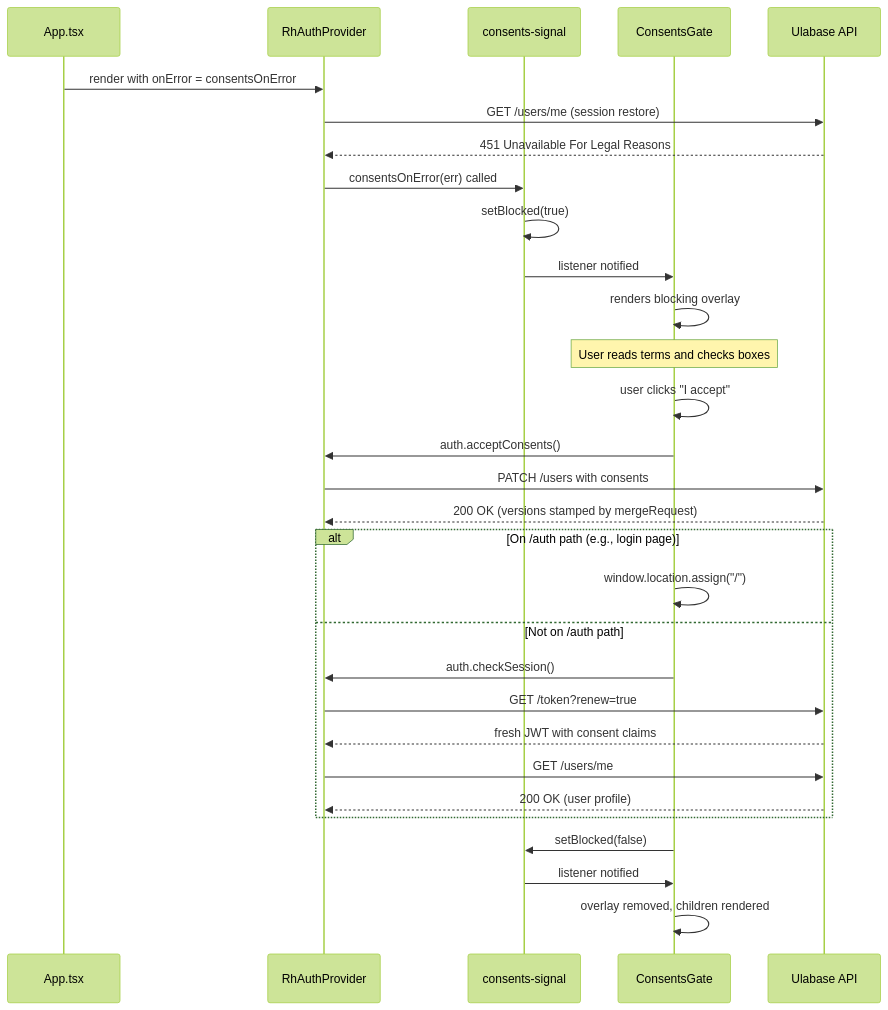
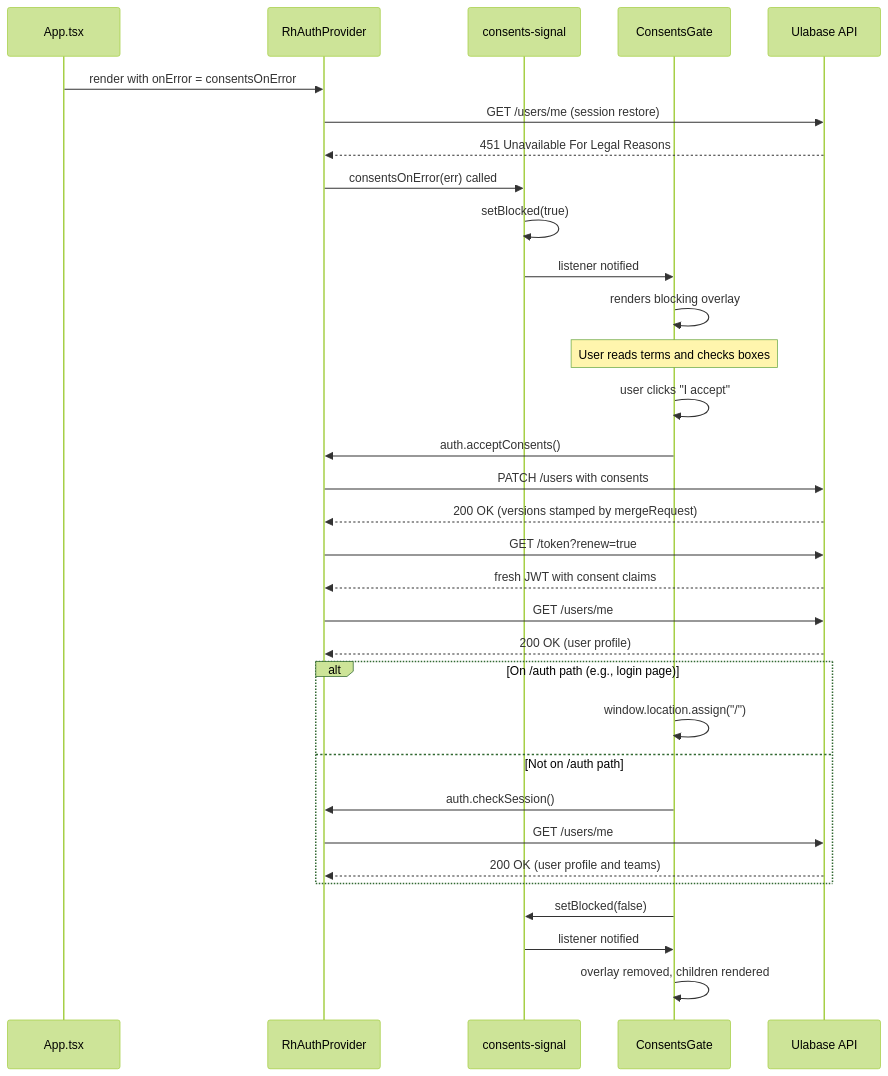
Before and after one commit to ulabase/starter-react: the diagram in openwiki/domain/auth-and-teams.md, drawn with Mermaid (forest theme). The commit also changed other lines of this file and 16 other files, not shown here.

````diff
--- a/openwiki/domain/auth-and-teams.md
+++ b/openwiki/domain/auth-and-teams.md
@@ -287,33 +291,35 @@
 ```mermaid
 sequenceDiagram
     participant App as App.tsx
     participant RAP as RhAuthProvider
     participant Signal as consents-signal
     participant Gate as ConsentsGate
     participant API as Ulabase API
 
     App->>RAP: render with onError = consentsOnError
     RAP->>API: GET /users/me (session restore)
     API-->>RAP: 451 Unavailable For Legal Reasons
     RAP->>Signal: consentsOnError(err) called
     Signal->>Signal: setBlocked(true)
     Signal->>Gate: listener notified
     Gate->>Gate: renders blocking overlay
     Note over Gate: User reads terms and checks boxes
     Gate->>Gate: user clicks "I accept"
     Gate->>RAP: auth.acceptConsents()
     RAP->>API: PATCH /users with consents
     API-->>RAP: 200 OK (versions stamped by mergeRequest)
+    RAP->>API: GET /token?renew=true
+    API-->>RAP: fresh JWT with consent claims
+    RAP->>API: GET /users/me
+    API-->>RAP: 200 OK (user profile)
     alt On /auth path (e.g., login page)
         Gate->>Gate: window.location.assign("/")
     else Not on /auth path
         Gate->>RAP: auth.checkSession()
-        RAP->>API: GET /token?renew=true
-        API-->>RAP: fresh JWT with consent claims
         RAP->>API: GET /users/me
-        API-->>RAP: 200 OK (user profile)
+        API-->>RAP: 200 OK (user profile and teams)
     end
     Gate->>Signal: setBlocked(false)
     Signal->>Gate: listener notified
     Gate->>Gate: overlay removed, children rendered
 ```
````
